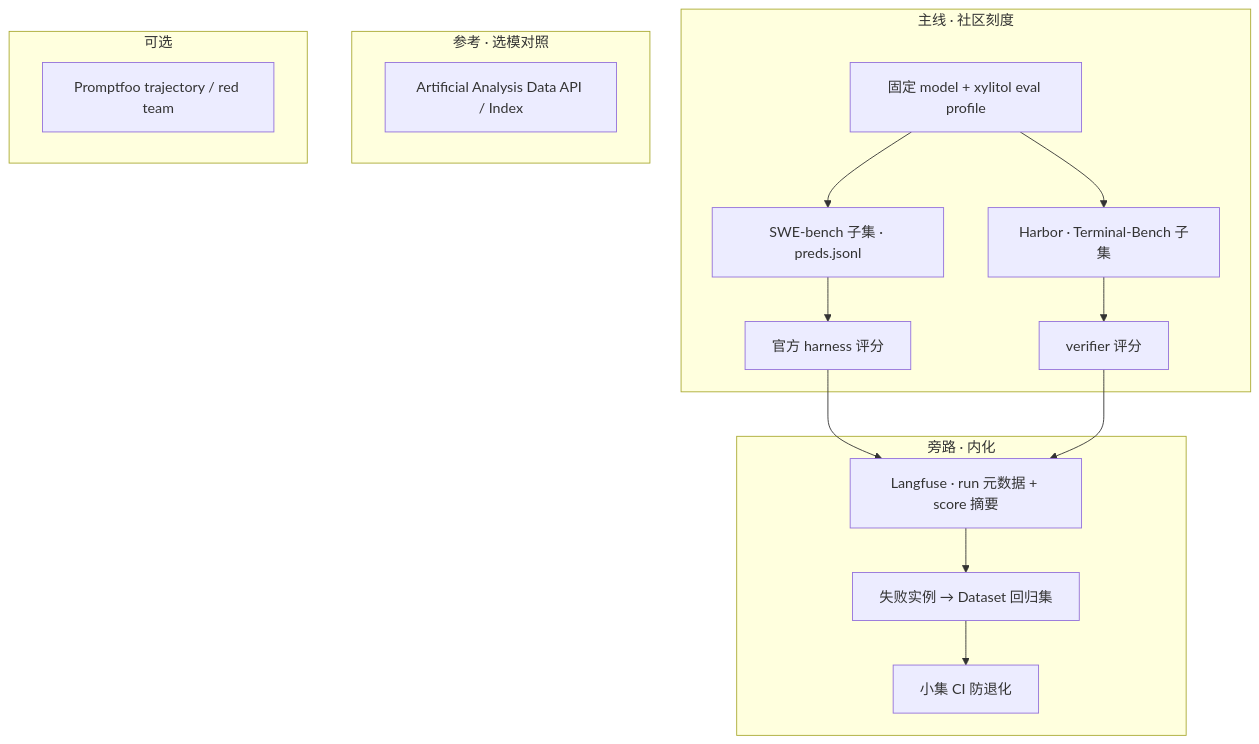
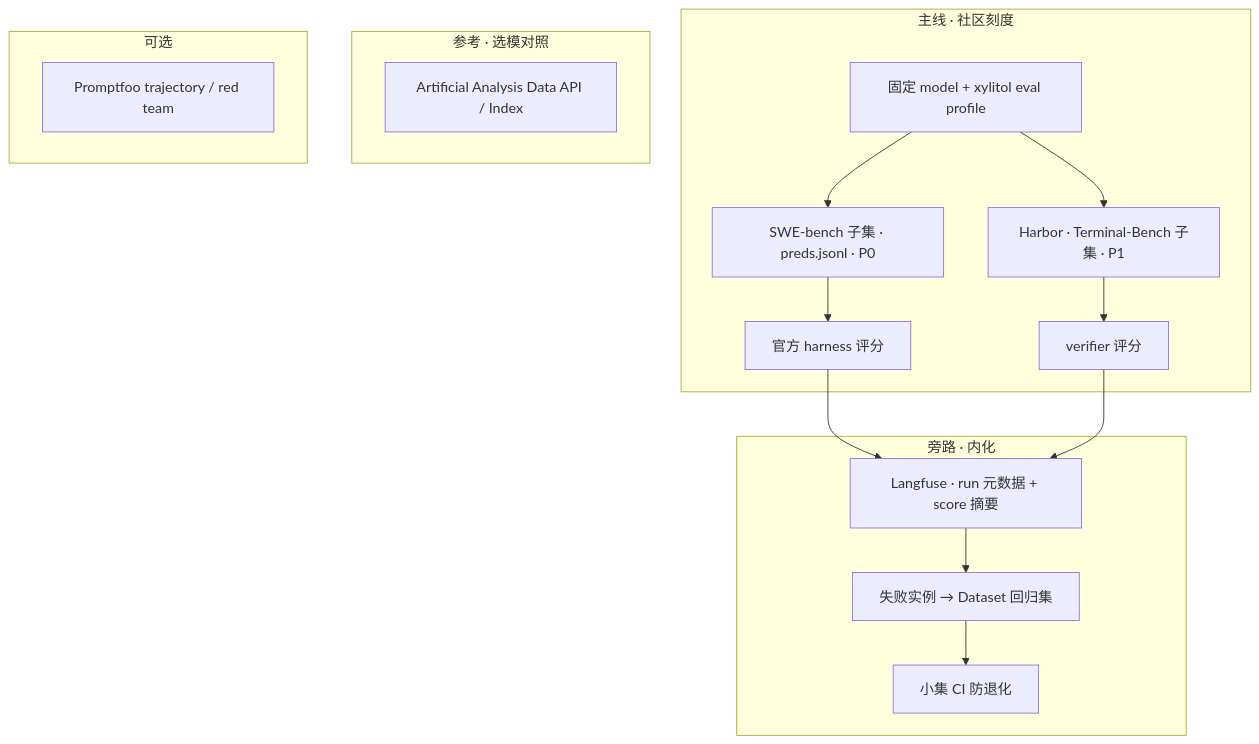
One commit to StrayDragon/xylitol changed the diagram in docs/research/agent-eval-frameworks-2026.md. Above: the diagram before and after it, drawn with Mermaid. The commit also changed other lines of this file and 2 other files, not shown here.

First line of the commit message:
docs: pin SWE-first eval order; print-only harness constraint

````diff
--- a/docs/research/agent-eval-frameworks-2026.md
+++ b/docs/research/agent-eval-frameworks-2026.md
@@ -212,25 +222,25 @@
 ```mermaid
 flowchart TB
   subgraph Main["主线 · 社区刻度"]
     Model["固定 model + xylitol eval profile"]
-  Model --> TB["Harbor · Terminal-Bench 子集"]
-  Model --> SWE["SWE-bench 子集 · preds.jsonl"]
+  Model --> SWE["SWE-bench 子集 · preds.jsonl · P0"]
+  Model --> TB["Harbor · Terminal-Bench 子集 · P1"]
+  SWE --> Grade1["官方 harness 评分"]
   TB --> Grade2["verifier 评分"]
-  SWE --> Grade1["官方 harness 评分"]
   end
 
   subgraph Side["旁路 · 内化"]
   Grade1 --> LF["Langfuse · run 元数据 + score 摘要"]
   Grade2 --> LF
   LF --> DS["失败实例 → Dataset 回归集"]
   DS --> CI["小集 CI 防退化"]
   end
 
   subgraph Ref["参考 · 选模对照"]
   AA["Artificial Analysis Data API / Index"]
   end
 
   subgraph Opt["可选"]
   PF["Promptfoo trajectory / red team"]
   end
 ```
````
